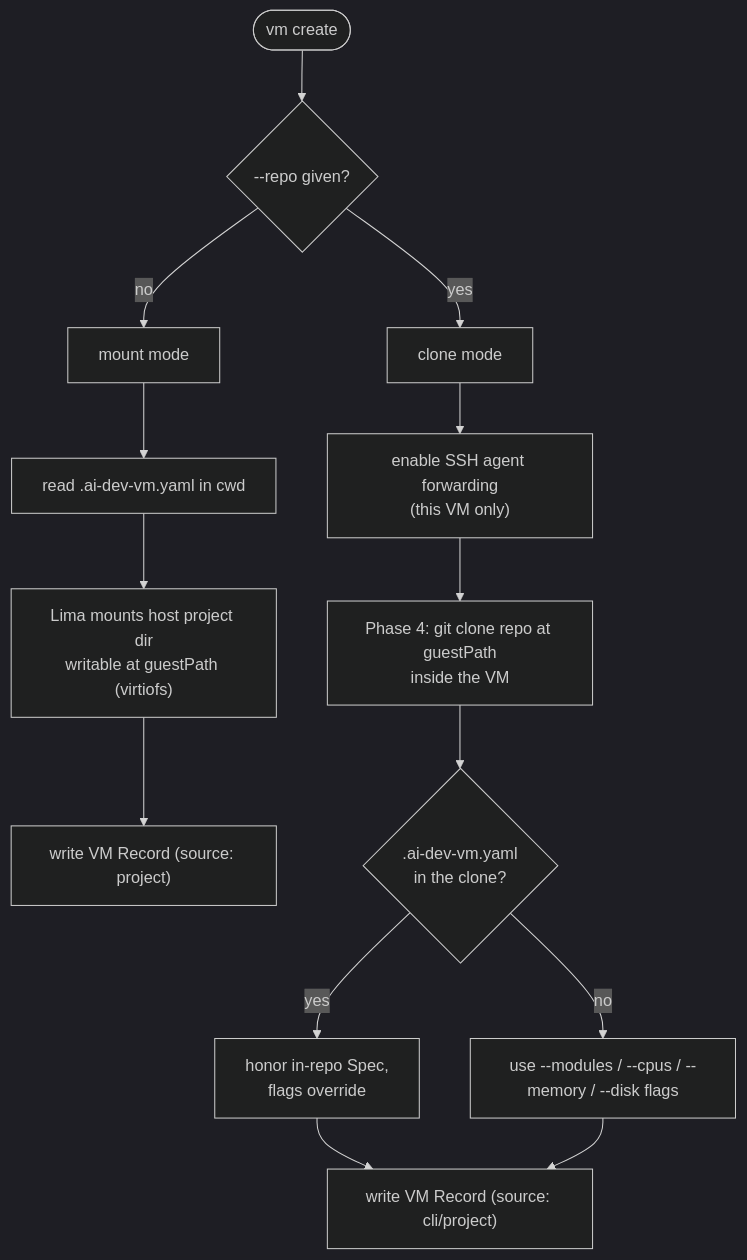
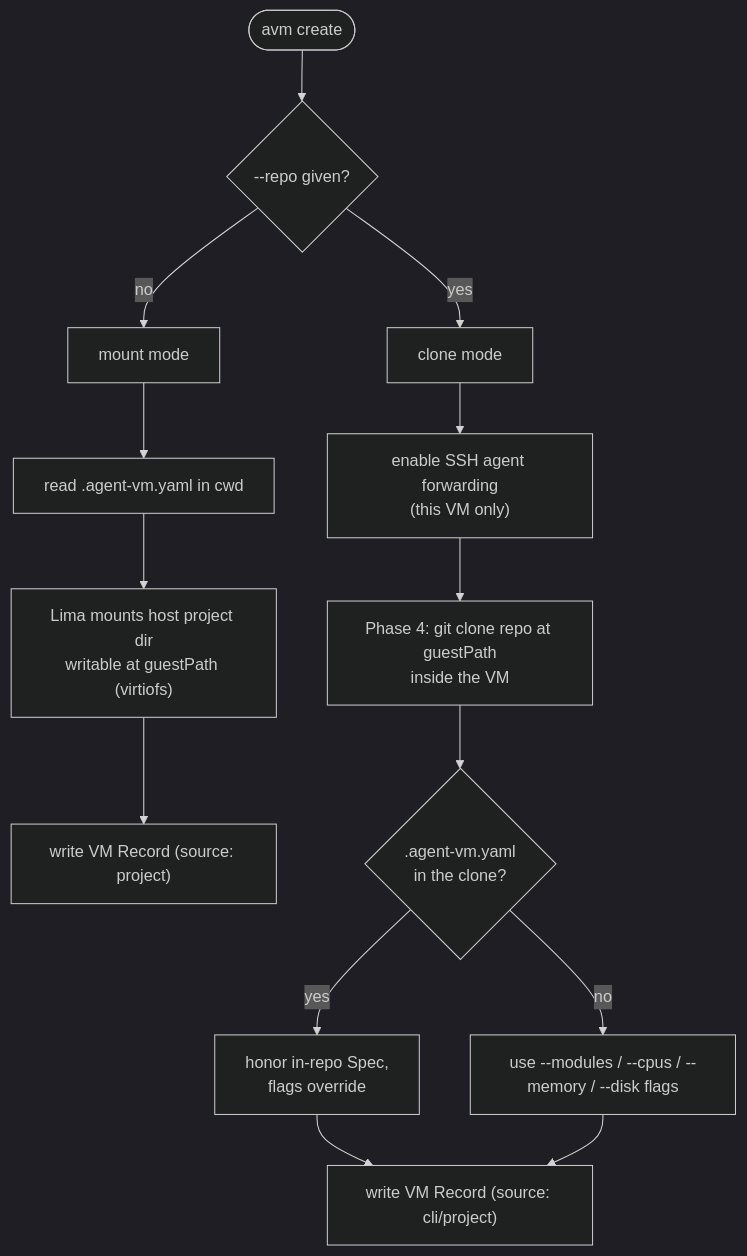
One commit to MikD1/agent-vm changed the sixth of 6 diagrams in docs/architecture.md. Above: the diagram before and after it, drawn with Mermaid (dark theme). The commit also changed other lines of this file, not shown here.

Commit message:
docs(architecture): sync with implemented design (names, Record-first, prune, no workspace in Spec, embed layout)

````diff
--- a/docs/architecture.md
+++ b/docs/architecture.md
@@ -280,18 +282,18 @@
 ```mermaid
 graph TB
-    start(["vm create"]) --> hasrepo{"--repo given?"}
+    start(["avm create"]) --> hasrepo{"--repo given?"}
 
     hasrepo -- no --> mountmode["mount mode"]
-    mountmode --> readcwd["read .ai-dev-vm.yaml in cwd"]
+    mountmode --> readcwd["read .agent-vm.yaml in cwd"]
     readcwd --> mountmount["Lima mounts host project dir<br/>writable at guestPath (virtiofs)"]
     mountmount --> recmount["write VM Record (source: project)"]
 
     hasrepo -- yes --> clonemode["clone mode"]
     clonemode --> fwd["enable SSH agent forwarding<br/>(this VM only)"]
     fwd --> clone["Phase 4: git clone repo at guestPath<br/>inside the VM"]
-    clone --> readrepo{".ai-dev-vm.yaml<br/>in the clone?"}
+    clone --> readrepo{".agent-vm.yaml<br/>in the clone?"}
     readrepo -- yes --> mergeflags["honor in-repo Spec,<br/>flags override"]
     readrepo -- no --> useflags["use --modules / --cpus / --memory / --disk flags"]
     mergeflags --> recclone["write VM Record (source: cli/project)"]
     useflags --> recclone
 ```
````
